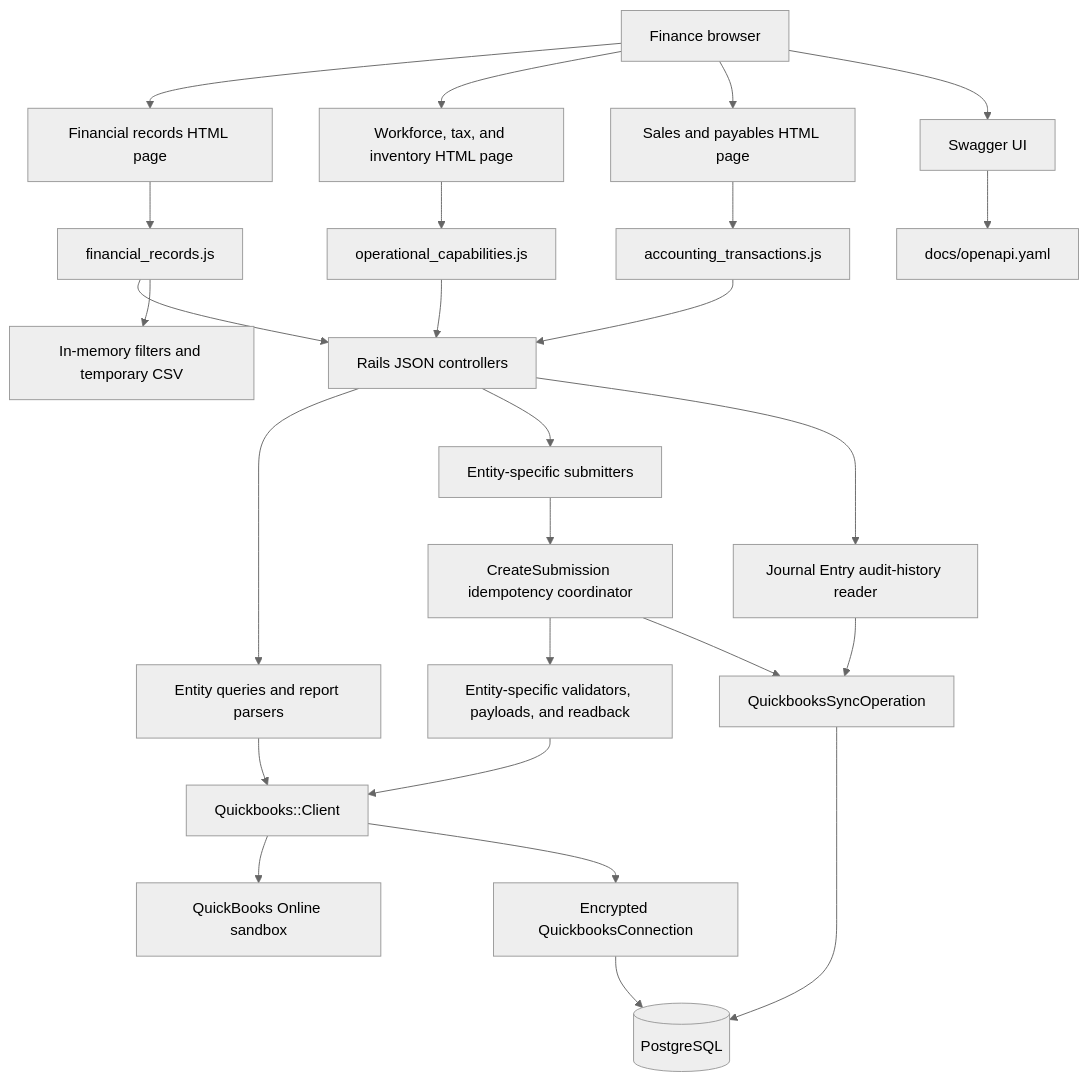
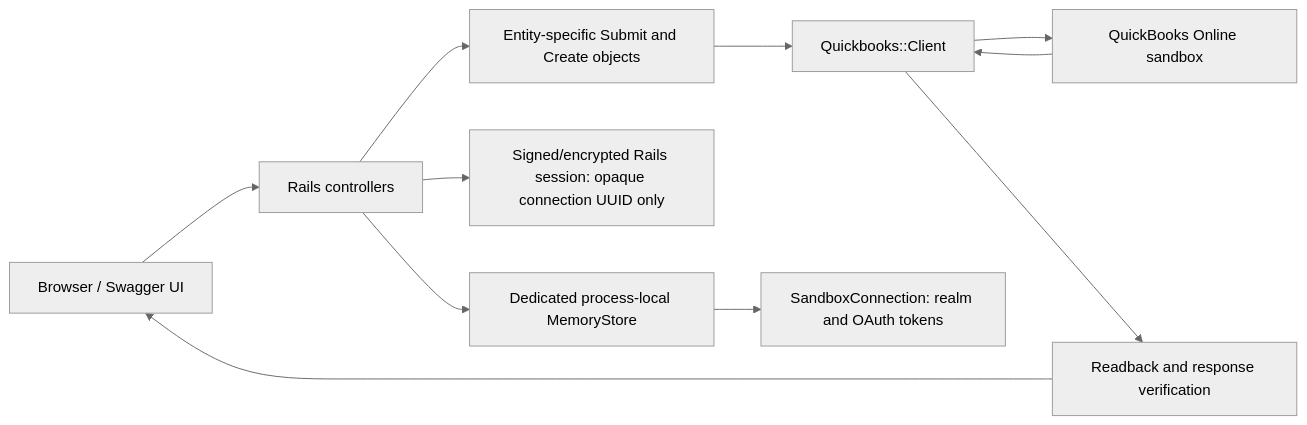
One commit to nakshatrasinghh/qbo-finance-bridge changed the diagram in docs/architecture.md. Above: the diagram before and after it, drawn with Mermaid (neutral theme). The commit also changed other lines of this file and 126 other files, not shown here.

First line of the commit message:
refactor(quickbooks)!: Use process-local sandbox connections

````diff
--- a/docs/architecture.md
+++ b/docs/architecture.md
@@ -12,34 +7,13 @@
 ```mermaid
-flowchart TB
-  Browser["Finance browser"] --> FinancialPage["Financial records HTML page"]
-  Browser --> OperationsPage["Workforce, tax, and inventory HTML page"]
-  Browser --> TransactionsPage["Sales and payables HTML page"]
-  Browser --> Swagger["Swagger UI"]
-
-  FinancialPage --> FinancialJS["financial_records.js"]
-  OperationsPage --> OperationsJS["operational_capabilities.js"]
-  TransactionsPage --> TransactionsJS["accounting_transactions.js"]
-  Swagger --> Contract["docs/openapi.yaml"]
-
-  FinancialJS --> Controllers["Rails JSON controllers"]
-  OperationsJS --> Controllers
-  TransactionsJS --> Controllers
-  FinancialJS --> BrowserViews["In-memory filters and temporary CSV"]
-
-  Controllers --> ReadServices["Entity queries and report parsers"]
-  Controllers --> Submitters["Entity-specific submitters"]
-  Controllers --> AuditRead["Journal Entry audit-history reader"]
-
-  Submitters --> Coordinator["CreateSubmission idempotency coordinator"]
-  Coordinator --> Creators["Entity-specific validators, payloads, and readback"]
-  Coordinator --> Audit["QuickbooksSyncOperation"]
-  AuditRead --> Audit
-
-  ReadServices --> Client["Quickbooks::Client"]
-  Creators --> Client
-  Client --> Sandbox["QuickBooks Online sandbox"]
-  Client --> Connection["Encrypted QuickbooksConnection"]
-
-  Audit --> Database[(PostgreSQL)]
-  Connection --> Database
+flowchart LR
+  Browser["Browser / Swagger UI"] --> Rails["Rails controllers"]
+  Rails --> Domain["Entity-specific Submit and Create objects"]
+  Domain --> Client["Quickbooks::Client"]
+  Client --> QBO["QuickBooks Online sandbox"]
+  QBO --> Client
+  Client --> Verify["Readback and response verification"]
+  Verify --> Browser
+  Rails --> Session["Signed/encrypted Rails session: opaque connection UUID only"]
+  Rails --> Store["Dedicated process-local MemoryStore"]
+  Store --> Tokens["SandboxConnection: realm and OAuth tokens"]
 ```
````
